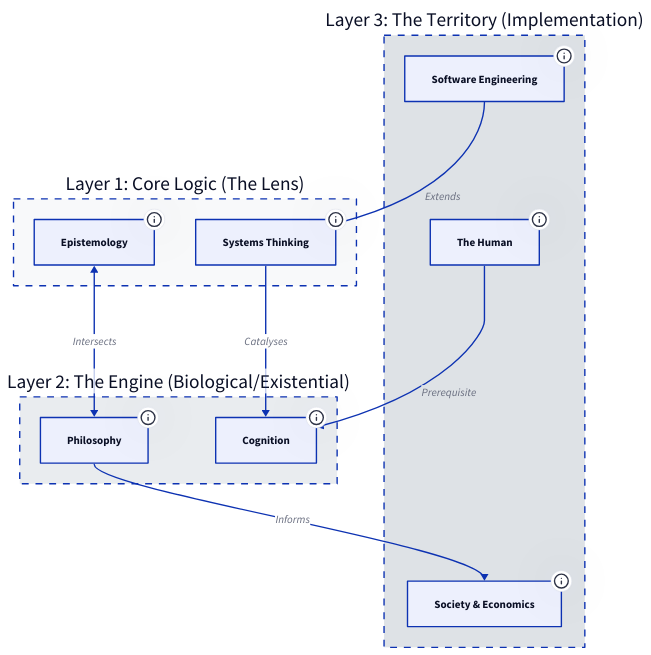
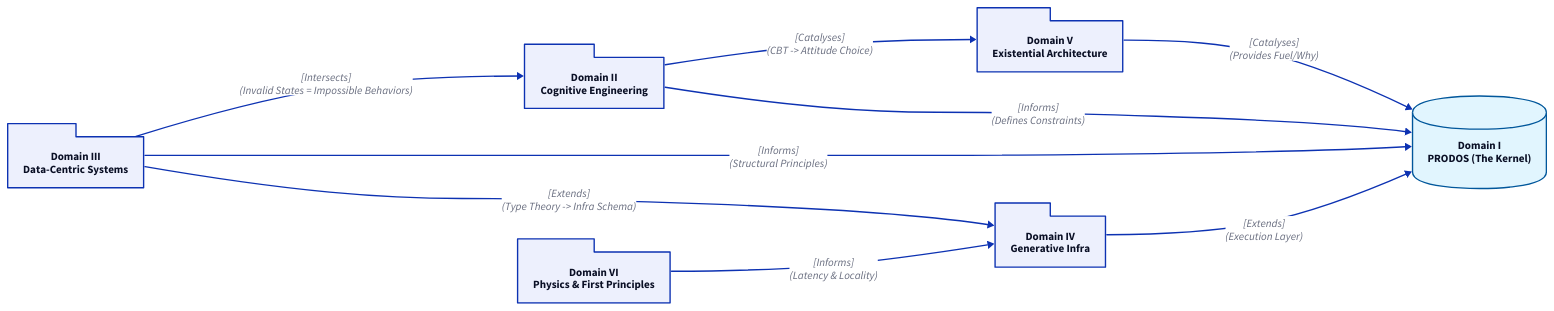
Before and after one commit to leonormes/zetteleon: the diagram in 30_Library/SoT/SoT - Knowledge Architecture (Associative Ontology).md, drawn with D2. The commit also changed other lines of this file and 2347 other files, not shown here.

````diff
--- a/30_Library/SoT/SoT - Knowledge Architecture (Associative Ontology).md
+++ b/30_Library/SoT/SoT - Knowledge Architecture (Associative Ontology).md
@@ -69,66 +102,41 @@
 ```d2
-direction: down
+direction: right
 
-# Layers defined by abstraction depth
-Layer_1_Core_Logic: {
-  label: "Layer 1: Core Logic (The Lens)"
-  style: {
-    stroke-dash: 5
-    fill: "#f8f9fa"
+# Classes
+classes: {
+  domain: {
+    shape: package
+    style: {
+      stroke-width: 2
+      font-size: 16
+    }
   }
-  EPI: Epistemology {
-    tooltip: "The Lens: Mental Models & Explanatory Depth"
-  }
-  SYS: Systems Thinking {
-    tooltip: "The Scaffolding: Feedback Loops & Structural Behavior"
+  core: {
+    shape: cylinder
+    style: {
+      fill: "#e1f5fe"
+      stroke: "#01579b"
+    }
   }
 }
 
-Layer_2_Engine: {
-  label: "Layer 2: The Engine (Biological/Existential)"
-  style: {
-    stroke-dash: 5
-    fill: "#e9ecef"
-  }
-  COG: Cognition {
-    tooltip: "The Hardware: ADHD Mechanics & Neurobiology"
-  }
-  PHI: Philosophy {
-    tooltip: "The Compass: Logotherapy & Forging Meaning"
-  }
-}
+# Nodes
+MEANING: "Domain V\nExistential Architecture" {class: domain}
+MIND: "Domain II\nCognitive Engineering" {class: domain}
+LOGIC: "Domain III\nData-Centric Systems" {class: domain}
+PLATFORM: "Domain IV\nGenerative Infra" {class: domain}
+PHYSICS: "Domain VI\nPhysics & First Principles" {class: domain}
 
-Layer_3_Applied: {
-  label: "Layer 3: The Territory (Implementation)"
-  style: {
-    stroke-dash: 5
-    fill: "#dee2e6"
-  }
-  SW: Software Engineering {
-    tooltip: "The Trade: Modularity & Information Hiding"
-  }
-  SOC: Society & Economics {
-    tooltip: "The Territory: External Status & Potential Energy"
-  }
-  HUM: The Human {
-    tooltip: "The Foundation: Health, Family & Vitality"
-  }
-}
+PRODOS: "Domain I\nPRODOS (The Kernel)" {class: core}
 
-# Associative Relationships
+# Relationships
+MEANING -> PRODOS: "[Catalyses]\n(Provides Fuel/Why)"
+MIND -> PRODOS: "[Informs]\n(Defines Constraints)"
+LOGIC -> PRODOS: "[Informs]\n(Structural Principles)"
+PLATFORM -> PRODOS: "[Extends]\n(Execution Layer)"
 
-# Epistemology and Philosophy intersect at the point of subjective meaning
-Layer_1_Core_Logic.EPI <-> Layer_2_Engine.PHI: Intersects
-
-# Systems thinking catalyzes the design of the ADHD-centric OS
-Layer_1_Core_Logic.SYS -> Layer_2_Engine.COG: Catalyses
-
-# Software patterns (Modularity) extend into the system design (SoT architecture)
-Layer_3_Applied.SW -> Layer_1_Core_Logic.SYS: Extends
-
-# Biological health is the hardware prerequisite for cognitive function
-Layer_3_Applied.HUM -> Layer_2_Engine.COG: Prerequisite
-
-# Philosophical values inform economic navigation
-Layer_2_Engine.PHI -> Layer_3_Applied.SOC: Informs
+LOGIC -> PLATFORM: "[Extends]\n(Type Theory -> Infra Schema)"
+MIND -> MEANING: "[Catalyses]\n(CBT -> Attitude Choice)"
+LOGIC -> MIND: "[Intersects]\n(Invalid States = Impossible Behaviors)"
+PHYSICS -> PLATFORM: "[Informs]\n(Latency & Locality)"
 ```
````
